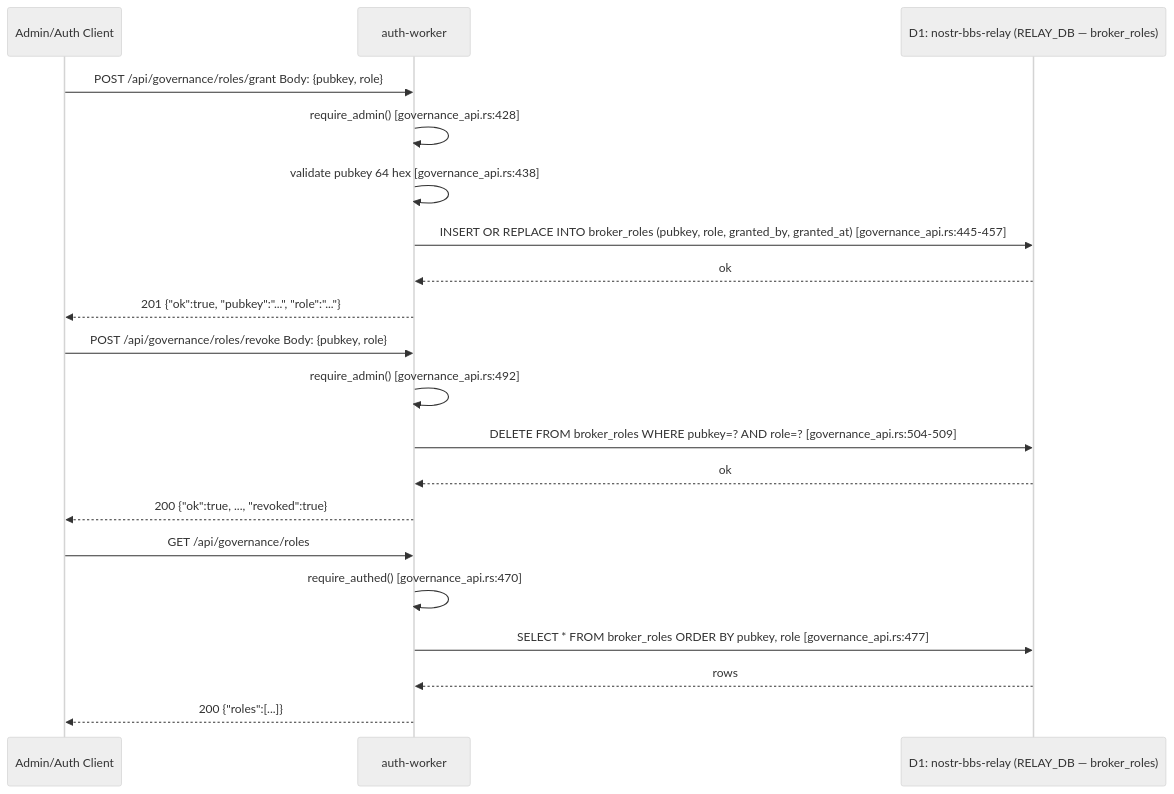
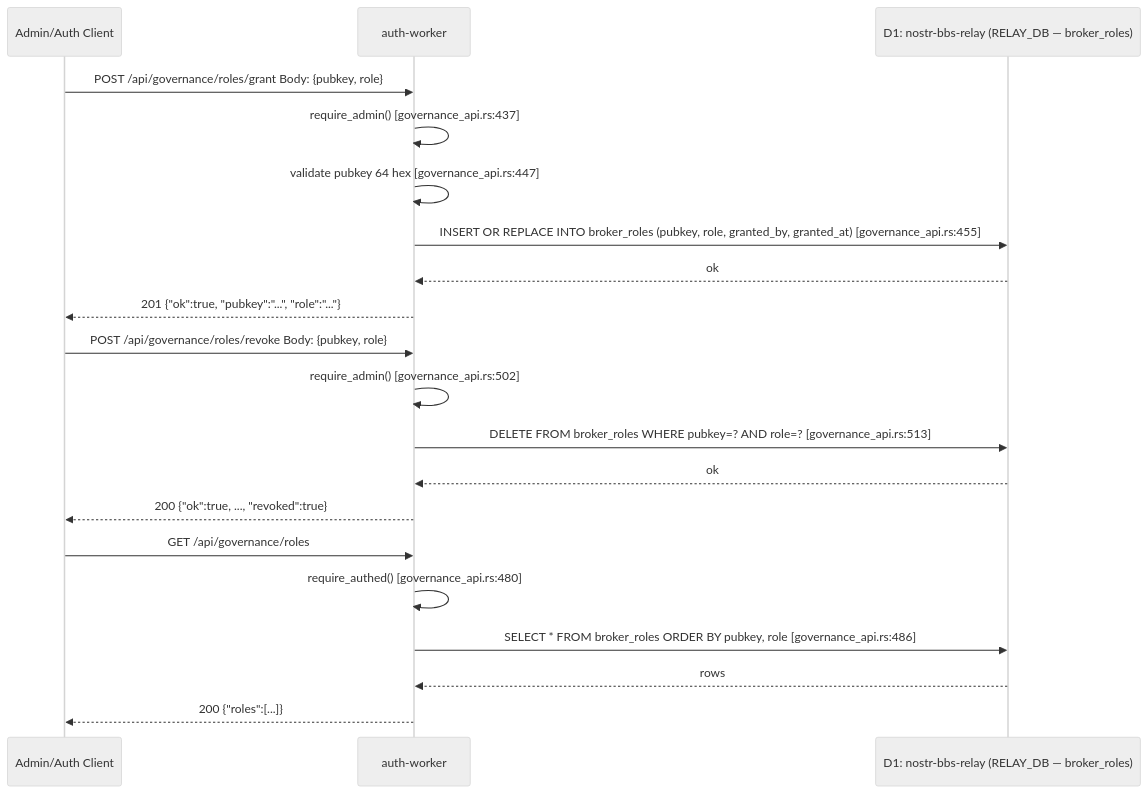
The fifth of 7 diagrams in docs/diagrams/auth-governance-flows.md (DreamLab-AI/nostr-rust-forum), drawn with Mermaid (neutral theme) before and after one commit. The commit also changed other lines of this file and 5 other files, not shown here.

First line of the commit message:
docs(diagrams): verify mermaid diagrams against code; refresh drifted anchors and label known gaps

````diff
--- a/docs/diagrams/auth-governance-flows.md
+++ b/docs/diagrams/auth-governance-flows.md
@@ -169,25 +171,25 @@
 ```mermaid
 sequenceDiagram
     participant A as Admin/Auth Client
     participant W as auth-worker
     participant D1R as D1: nostr-bbs-relay (RELAY_DB — broker_roles)
 
     A->>W: POST /api/governance/roles/grant  Body: {pubkey, role}
-    W->>W: require_admin() [governance_api.rs:428]
-    W->>W: validate pubkey 64 hex [governance_api.rs:438]
-    W->>D1R: INSERT OR REPLACE INTO broker_roles (pubkey, role, granted_by, granted_at) [governance_api.rs:445-457]
+    W->>W: require_admin() [governance_api.rs:437]
+    W->>W: validate pubkey 64 hex [governance_api.rs:447]
+    W->>D1R: INSERT OR REPLACE INTO broker_roles (pubkey, role, granted_by, granted_at) [governance_api.rs:455]
     D1R-->>W: ok
     W-->>A: 201 {"ok":true, "pubkey":"...", "role":"..."}
 
     A->>W: POST /api/governance/roles/revoke  Body: {pubkey, role}
-    W->>W: require_admin() [governance_api.rs:492]
-    W->>D1R: DELETE FROM broker_roles WHERE pubkey=? AND role=? [governance_api.rs:504-509]
+    W->>W: require_admin() [governance_api.rs:502]
+    W->>D1R: DELETE FROM broker_roles WHERE pubkey=? AND role=? [governance_api.rs:513]
     D1R-->>W: ok
     W-->>A: 200 {"ok":true, ..., "revoked":true}
 
     A->>W: GET /api/governance/roles
-    W->>W: require_authed() [governance_api.rs:470]
-    W->>D1R: SELECT * FROM broker_roles ORDER BY pubkey, role [governance_api.rs:477]
+    W->>W: require_authed() [governance_api.rs:480]
+    W->>D1R: SELECT * FROM broker_roles ORDER BY pubkey, role [governance_api.rs:486]
     D1R-->>W: rows
     W-->>A: 200 {"roles":[...]}
 ```
````
